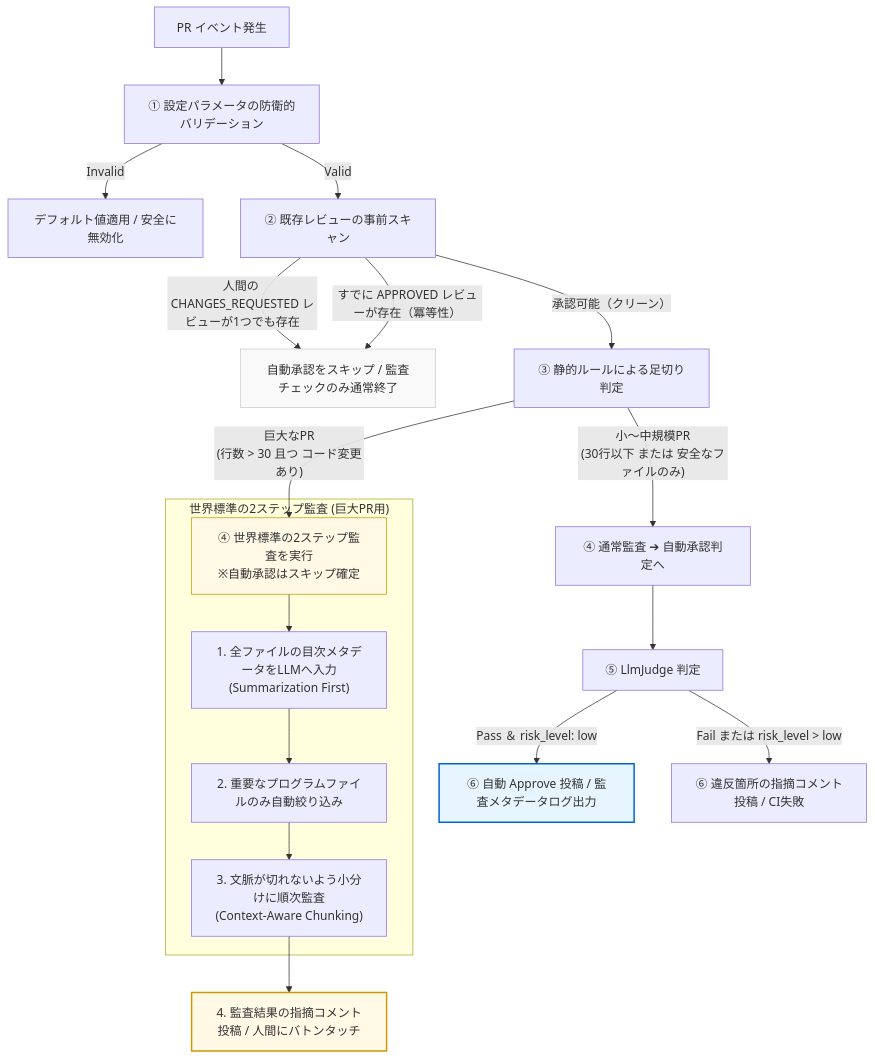
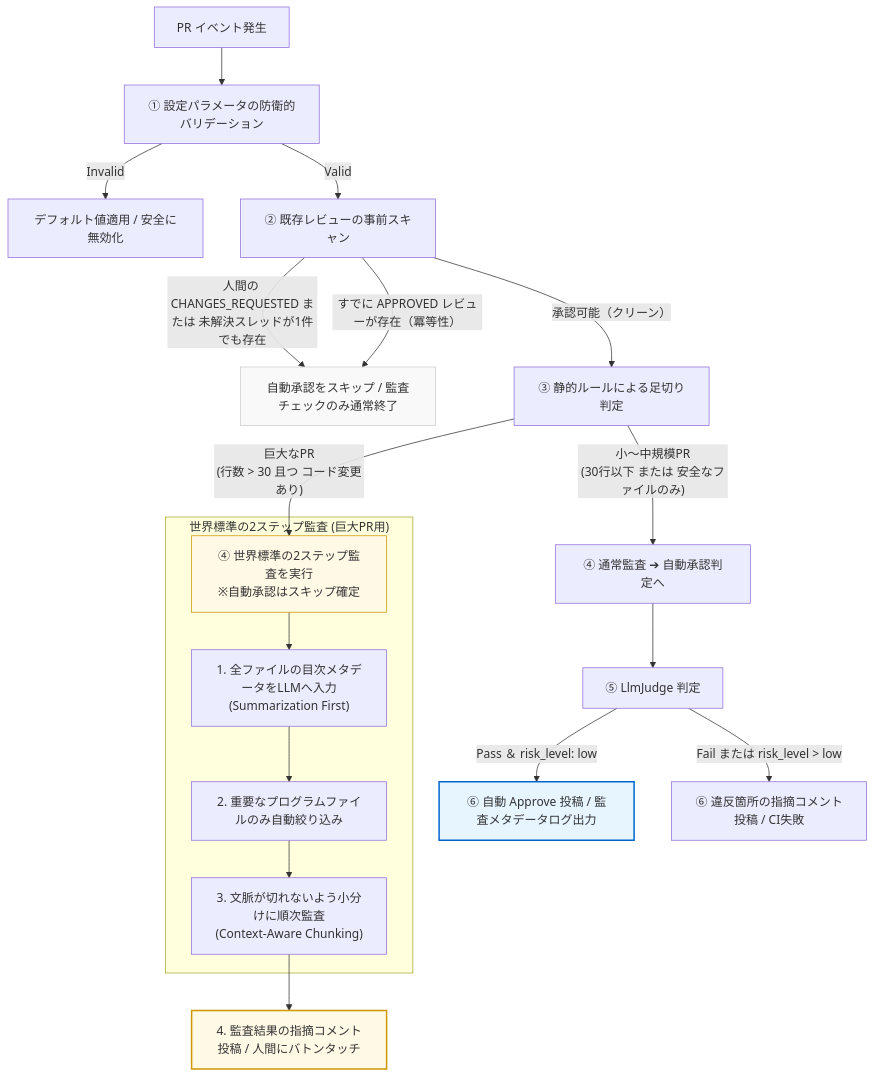
Before and after one commit to y-matsuo081991/ai-adr-enforcer: the first of 2 diagrams in docs/adr/012-hybrid-auto-approve-policy.md, drawn with Mermaid. The commit also changed other lines of this file and 5 other files, not shown here.

````diff
--- a/docs/adr/012-hybrid-auto-approve-policy.md
+++ b/docs/adr/012-hybrid-auto-approve-policy.md
@@ -83,30 +85,30 @@
 ```mermaid
 graph TD
     PR["PR イベント発生"] --> Validation["① 設定パラメータの防衛的バリデーション"]
     Validation -- Invalid --> Fallback["デフォルト値適用 / 安全に無効化"]
     Validation -- Valid --> ReviewScan["② 既存レビューの事前スキャン"]
     
-    ReviewScan -- "人間の CHANGES_REQUESTED レビューが1つでも存在" --> Skip["自動承認をスキップ / 監査チェックのみ通常終了"]
+    ReviewScan -- "人間の CHANGES_REQUESTED または 未解決スレッドが1件でも存在" --> Skip["自動承認をスキップ / 監査チェックのみ通常終了"]
     ReviewScan -- "すでに APPROVED レビューが存在（冪等性）" --> Skip
     ReviewScan -- "承認可能（クリーン）" --> StaticRule["③ 静的ルールによる足切り判定"]
     
     StaticRule -- "小〜中規模PR<br>(30行以下 または 安全なファイルのみ)" --> LlmNormal["④ 通常監査 ➔ 自動承認判定へ"]
     StaticRule -- "巨大なPR<br>(行数 > 30 且つ コード変更あり)" --> LlmSplit["④ 世界標準の2ステップ監査を実行<br>※自動承認はスキップ確定"]
     
     subgraph "世界標準の2ステップ監査 (巨大PR用)"
         LlmSplit --> Step1["1. 全ファイルの目次メタデータをLLMへ入力<br>(Summarization First)"]
         Step1 --> Step2["2. 重要なプログラムファイルのみ自動絞り込み"]
         Step2 --> Step3["3. 文脈が切れないよう小分けに順次監査<br>(Context-Aware Chunking)"]
     end
     
     LlmNormal --> LlmJudge["⑤ LlmJudge 判定"]
     LlmJudge -- "Pass ＆ risk_level: low" --> Approve["⑥ 自動 Approve 投稿 / 監査メタデータログ出力"]
     LlmJudge -- "Fail または risk_level > low" --> Comment["⑥ 違反箇所の指摘コメント投稿 / CI失敗"]
     
     Step3 --> StepFinish["4. 監査結果の指摘コメント投稿 / 人間にバトンタッチ"]
 
     style Skip fill:#f9f9f9,stroke:#ccc,stroke-width:1px
     style Approve fill:#e6f5ff,stroke:#0066cc,stroke-width:2px
     style StepFinish fill:#fff9e6,stroke:#cc9900,stroke-width:2px
     style LlmSplit fill:#fff9e6,stroke:#cc9900,stroke-width:1px
 ```
````
